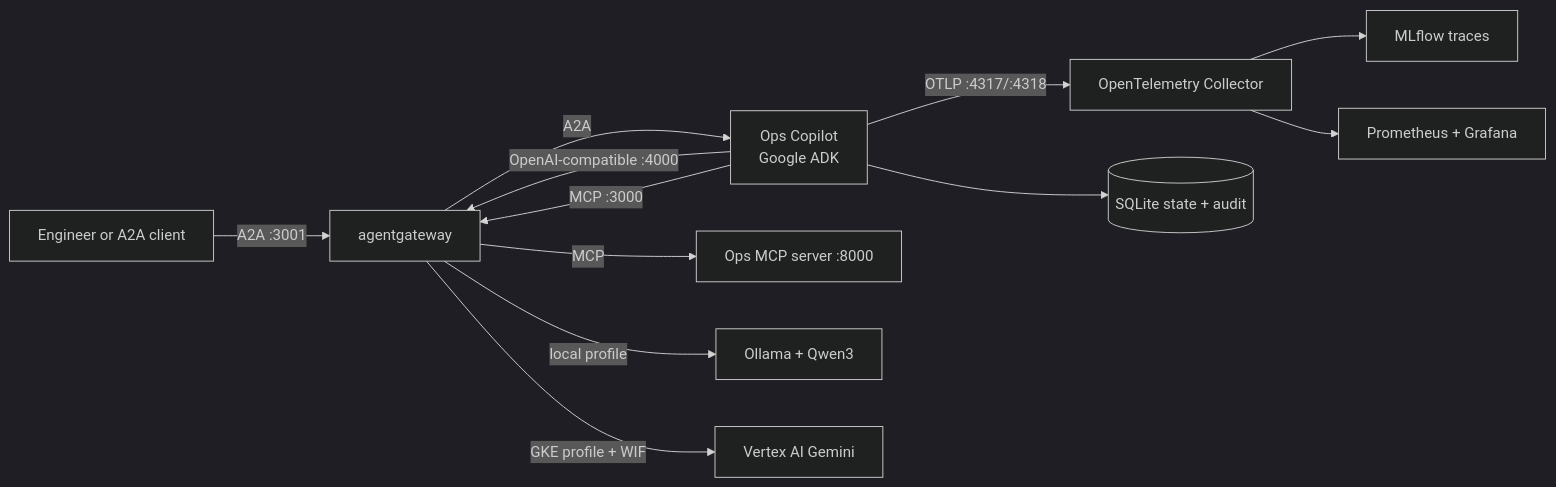
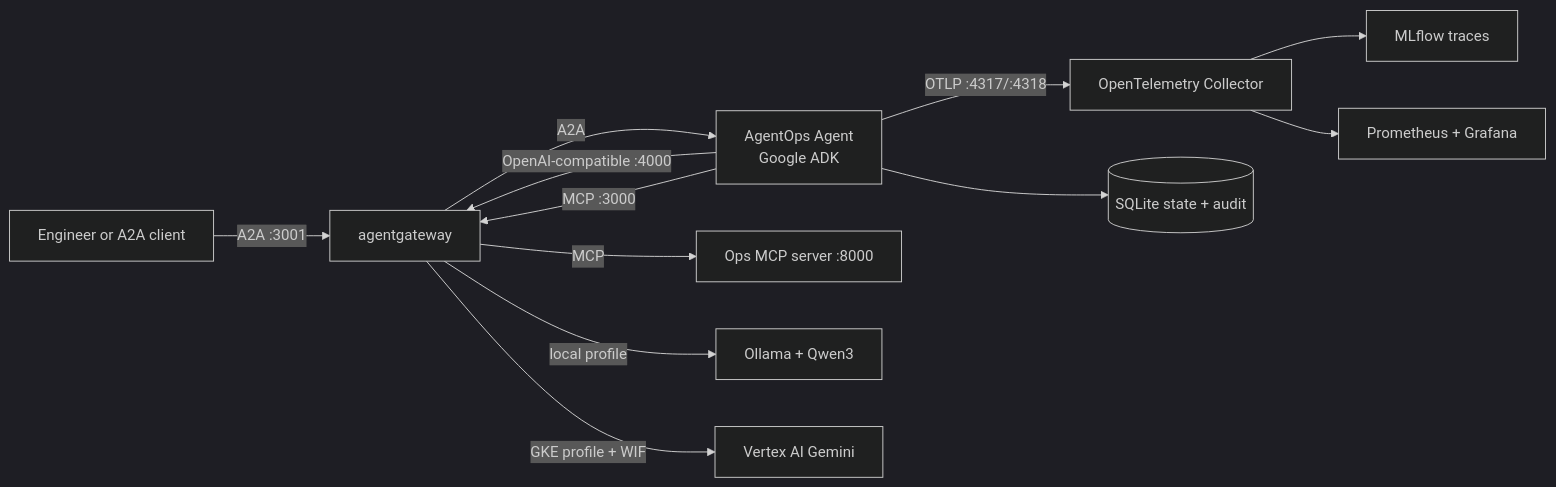
One commit to MLOps-Courses/agentops-open-course changed the diagram in README.md. Above: the diagram before and after it, drawn with Mermaid (dark theme). The commit also changed other lines of this file and 139 other files, not shown here.

````diff
--- a/README.md
+++ b/README.md
@@ -25,14 +25,14 @@
 ```mermaid
 flowchart LR
     User[Engineer or A2A client] -->|A2A :3001| Gateway[agentgateway]
-    Agent[Ops Copilot<br/>Google ADK] -->|OpenAI-compatible :4000| Gateway
+    Agent[AgentOps Agent<br/>Google ADK] -->|OpenAI-compatible :4000| Gateway
     Agent -->|MCP :3000| Gateway
     Gateway -->|MCP| MCP[Ops MCP server :8000]
     Gateway -->|local profile| Ollama[Ollama + Qwen3]
     Gateway -->|GKE profile + WIF| Vertex[Vertex AI Gemini]
     Gateway -->|A2A| Agent
     Agent -->|OTLP :4317/:4318| OTel[OpenTelemetry Collector]
     OTel --> MLflow[MLflow traces]
     OTel --> Prometheus[Prometheus + Grafana]
     Agent --> State[(SQLite state + audit)]
 ```
````
